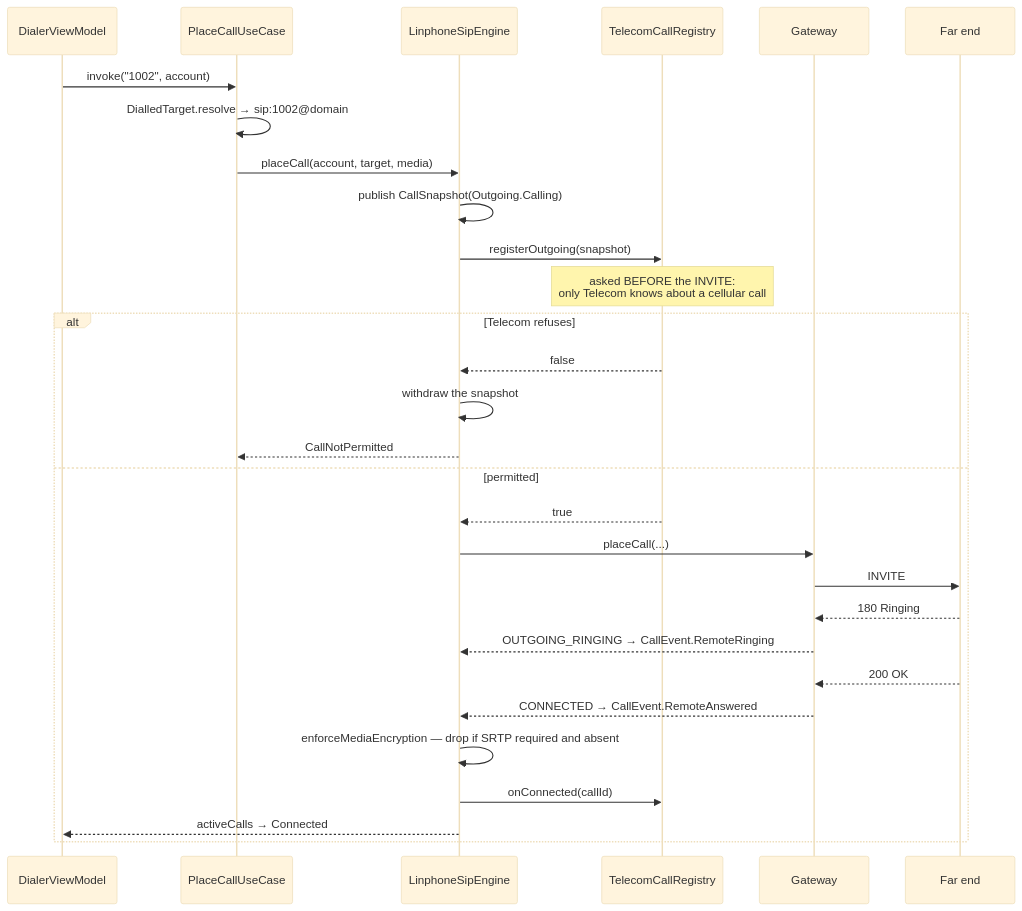
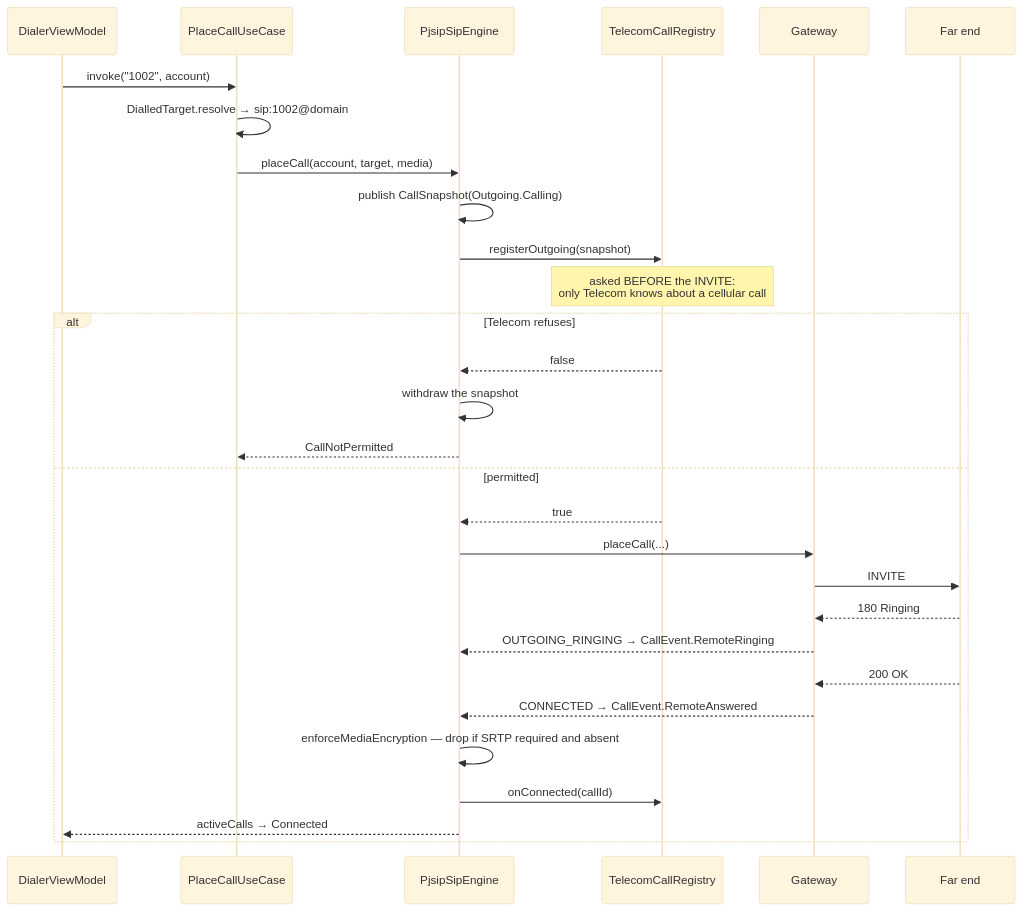
One commit to Rahulcse79/whatsapp-v2 changed the third of 6 diagrams in docs/architecture.md. Above: the diagram before and after it, drawn with Mermaid (base theme). The commit also changed other lines of this file and 8 other files, not shown here.

````diff
--- a/docs/architecture.md
+++ b/docs/architecture.md
@@ -550,32 +581,32 @@
 ```mermaid
 sequenceDiagram
     participant UI as DialerViewModel
     participant UC as PlaceCallUseCase
-    participant Eng as LinphoneSipEngine
+    participant Eng as PjsipSipEngine
     participant Tel as TelecomCallRegistry
     participant GW as Gateway
     participant Far as Far end
 
     UI->>UC: invoke("1002", account)
     UC->>UC: DialledTarget.resolve → sip:1002@domain
     UC->>Eng: placeCall(account, target, media)
     Eng->>Eng: publish CallSnapshot(Outgoing.Calling)
     Eng->>Tel: registerOutgoing(snapshot)
     Note over Tel: asked BEFORE the INVITE:<br/>only Telecom knows about a cellular call
     alt Telecom refuses
         Tel-->>Eng: false
         Eng->>Eng: withdraw the snapshot
         Eng-->>UC: CallNotPermitted
     else permitted
         Tel-->>Eng: true
         Eng->>GW: placeCall(...)
         GW->>Far: INVITE
         Far-->>GW: 180 Ringing
         GW-->>Eng: OUTGOING_RINGING → CallEvent.RemoteRinging
         Far-->>GW: 200 OK
         GW-->>Eng: CONNECTED → CallEvent.RemoteAnswered
         Eng->>Eng: enforceMediaEncryption — drop if SRTP required and absent
         Eng->>Tel: onConnected(callId)
         Eng-->>UI: activeCalls → Connected
     end
 ```
````
